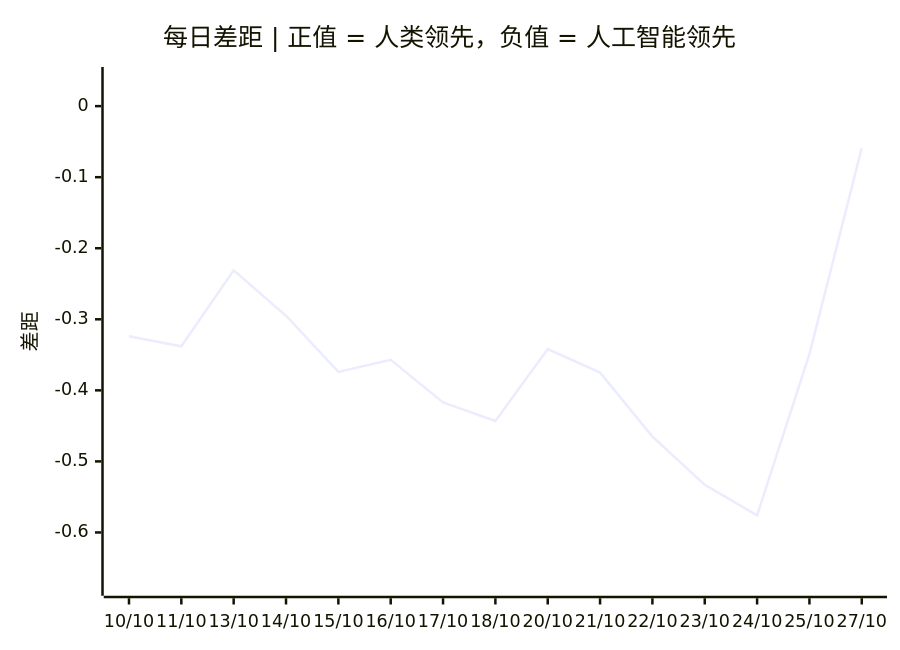
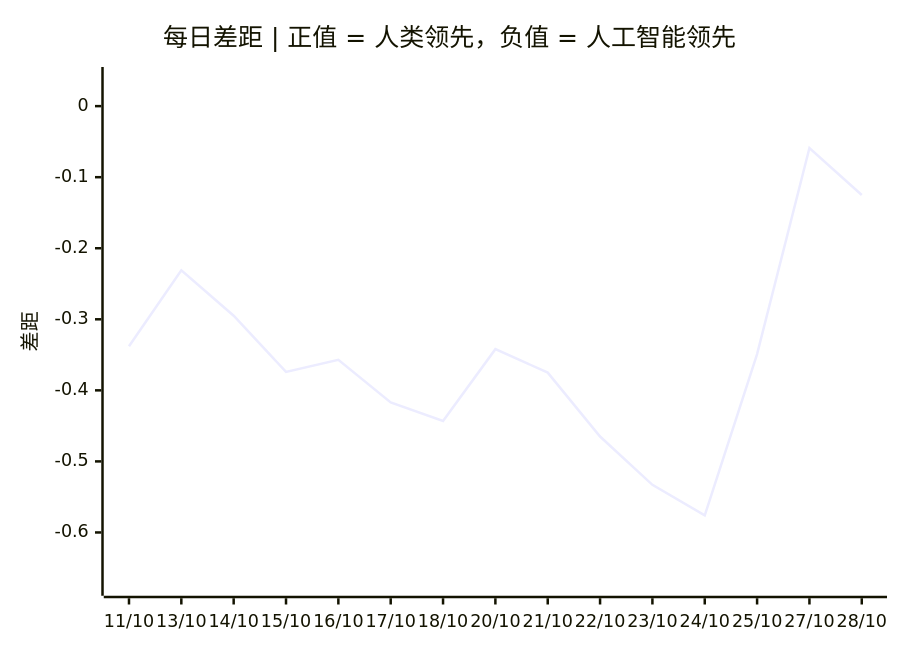
The third of 3 diagrams in README.zh.md (VQQLK/Human-AI-Monitor), drawn with Mermaid before and after one commit. The commit also changed other lines of this file and 5 other files, not shown here.

````diff
--- a/README.zh.md
+++ b/README.zh.md
@@ -56,7 +56,7 @@
 ```mermaid
 xychart-beta
     title "每日差距 | 正值 = 人类领先，负值 = 人工智能领先"
-    x-axis ["10/10", "11/10", "13/10", "14/10", "15/10", "16/10", "17/10", "18/10", "20/10", "21/10", "22/10", "23/10", "24/10", "25/10", "27/10"]
+    x-axis ["11/10", "13/10", "14/10", "15/10", "16/10", "17/10", "18/10", "20/10", "21/10", "22/10", "23/10", "24/10", "25/10", "27/10", "28/10"]
     y-axis "差距" -0.675 --> 0.041
-    line [-0.324, -0.338, -0.231, -0.295, -0.374, -0.357, -0.417, -0.443, -0.342, -0.375, -0.465, -0.533, -0.576, -0.349, -0.059]
+    line [-0.338, -0.231, -0.295, -0.374, -0.357, -0.417, -0.443, -0.342, -0.375, -0.465, -0.533, -0.576, -0.349, -0.059, -0.125]
 ```
````
